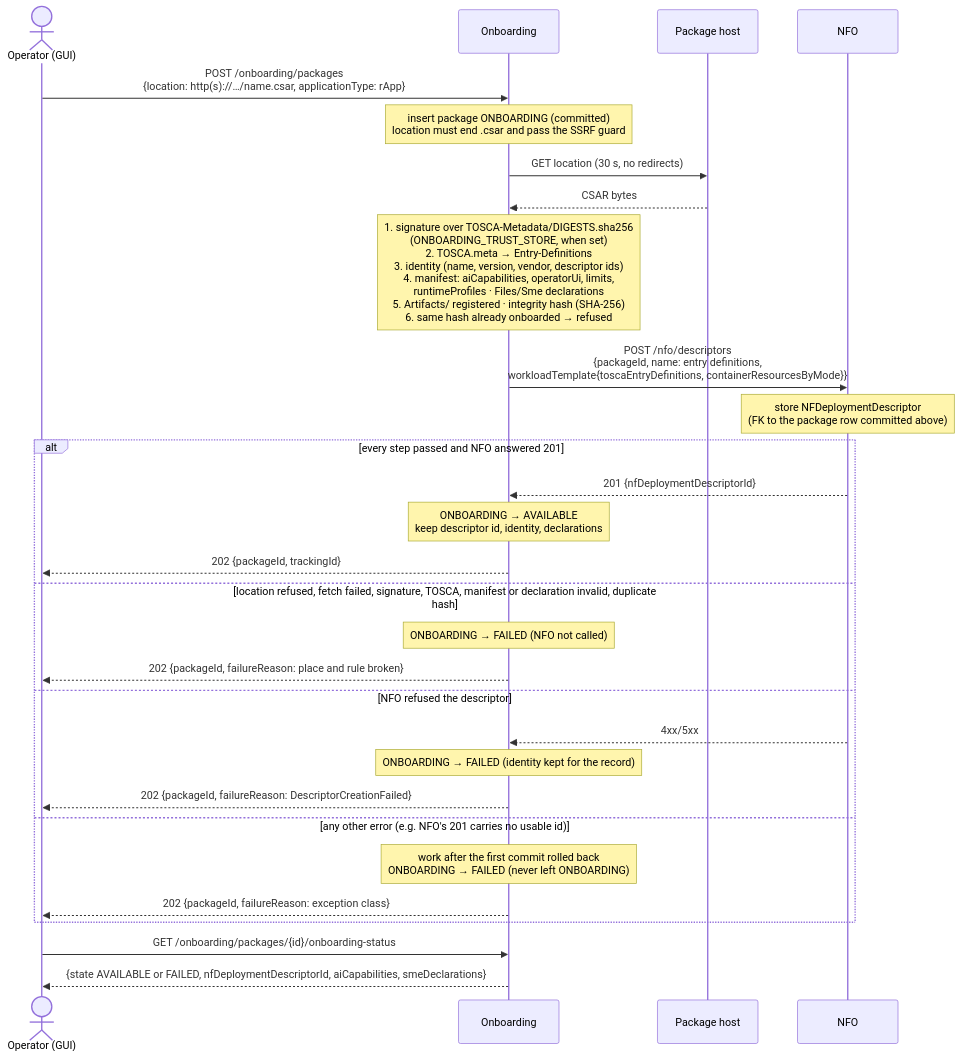
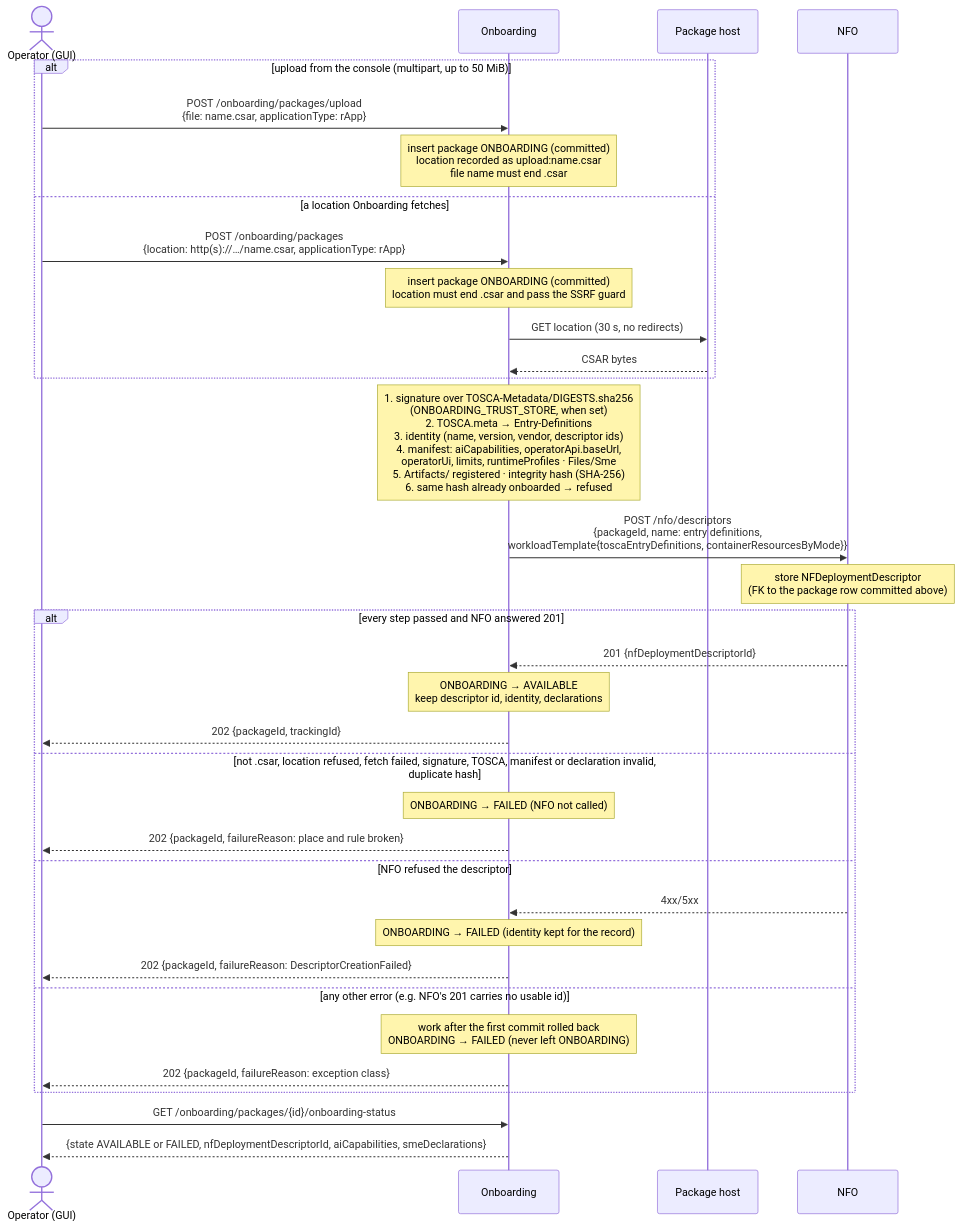
Before and after one commit to rsys-bshankar/ai-ran-smo: the first of 5 diagrams in smo/docs/call-flows/01-rapp-onboarding-to-deployment.md, drawn with Mermaid. The commit also changed other lines of this file and 47 other files, not shown here.

First line of the commit message:
Flow 01 review: upload a CSAR from the console, the rApp's address from the manifest, production settings (DOC-CF-1.1 review)

````diff
--- a/smo/docs/call-flows/01-rapp-onboarding-to-deployment.md
+++ b/smo/docs/call-flows/01-rapp-onboarding-to-deployment.md
@@ -33,32 +33,37 @@
 ```mermaid
 sequenceDiagram
     actor Op as Operator (GUI)
     participant Onb as Onboarding
     participant Host as Package host
     participant NFO as NFO
 
-    Op->>Onb: POST /onboarding/packages<br/>{location: http(s)://…/name.csar, applicationType: rApp}
-    Note over Onb: insert package ONBOARDING (committed)<br/>location must end .csar and pass the SSRF guard
-    Onb->>Host: GET location (30 s, no redirects)
-    Host-->>Onb: CSAR bytes
-    Note over Onb: 1. signature over TOSCA-Metadata/DIGESTS.sha256<br/>   (ONBOARDING_TRUST_STORE, when set)<br/>2. TOSCA.meta → Entry-Definitions<br/>3. identity (name, version, vendor, descriptor ids)<br/>4. manifest: aiCapabilities, operatorUi, limits,<br/>   runtimeProfiles · Files/Sme declarations<br/>5. Artifacts/ registered · integrity hash (SHA-256)<br/>6. same hash already onboarded → refused
+    alt upload from the console (multipart, up to 50 MiB)
+        Op->>Onb: POST /onboarding/packages/upload<br/>{file: name.csar, applicationType: rApp}
+        Note over Onb: insert package ONBOARDING (committed)<br/>location recorded as upload:name.csar<br/>file name must end .csar
+    else a location Onboarding fetches
+        Op->>Onb: POST /onboarding/packages<br/>{location: http(s)://…/name.csar, applicationType: rApp}
+        Note over Onb: insert package ONBOARDING (committed)<br/>location must end .csar and pass the SSRF guard
+        Onb->>Host: GET location (30 s, no redirects)
+        Host-->>Onb: CSAR bytes
+    end
+    Note over Onb: 1. signature over TOSCA-Metadata/DIGESTS.sha256<br/>   (ONBOARDING_TRUST_STORE, when set)<br/>2. TOSCA.meta → Entry-Definitions<br/>3. identity (name, version, vendor, descriptor ids)<br/>4. manifest: aiCapabilities, operatorApi.baseUrl,<br/>   operatorUi, limits, runtimeProfiles · Files/Sme<br/>5. Artifacts/ registered · integrity hash (SHA-256)<br/>6. same hash already onboarded → refused
     Onb->>NFO: POST /nfo/descriptors<br/>{packageId, name: entry definitions,<br/>workloadTemplate{toscaEntryDefinitions, containerResourcesByMode}}
     Note over NFO: store NFDeploymentDescriptor<br/>(FK to the package row committed above)
     alt every step passed and NFO answered 201
         NFO-->>Onb: 201 {nfDeploymentDescriptorId}
         Note over Onb: ONBOARDING → AVAILABLE<br/>keep descriptor id, identity, declarations
         Onb-->>Op: 202 {packageId, trackingId}
-    else location refused, fetch failed, signature, TOSCA, manifest or declaration invalid, duplicate hash
+    else not .csar, location refused, fetch failed, signature, TOSCA, manifest or declaration invalid, duplicate hash
         Note over Onb: ONBOARDING → FAILED (NFO not called)
         Onb-->>Op: 202 {packageId, failureReason: place and rule broken}
     else NFO refused the descriptor
         NFO-->>Onb: 4xx/5xx
         Note over Onb: ONBOARDING → FAILED (identity kept for the record)
         Onb-->>Op: 202 {packageId, failureReason: DescriptorCreationFailed}
     else any other error (e.g. NFO's 201 carries no usable id)
         Note over Onb: work after the first commit rolled back<br/>ONBOARDING → FAILED (never left ONBOARDING)
         Onb-->>Op: 202 {packageId, failureReason: exception class}
     end
     Op->>Onb: GET /onboarding/packages/{id}/onboarding-status
     Onb-->>Op: {state AVAILABLE or FAILED, nfDeploymentDescriptorId, aiCapabilities, smeDeclarations}
 ```
````
